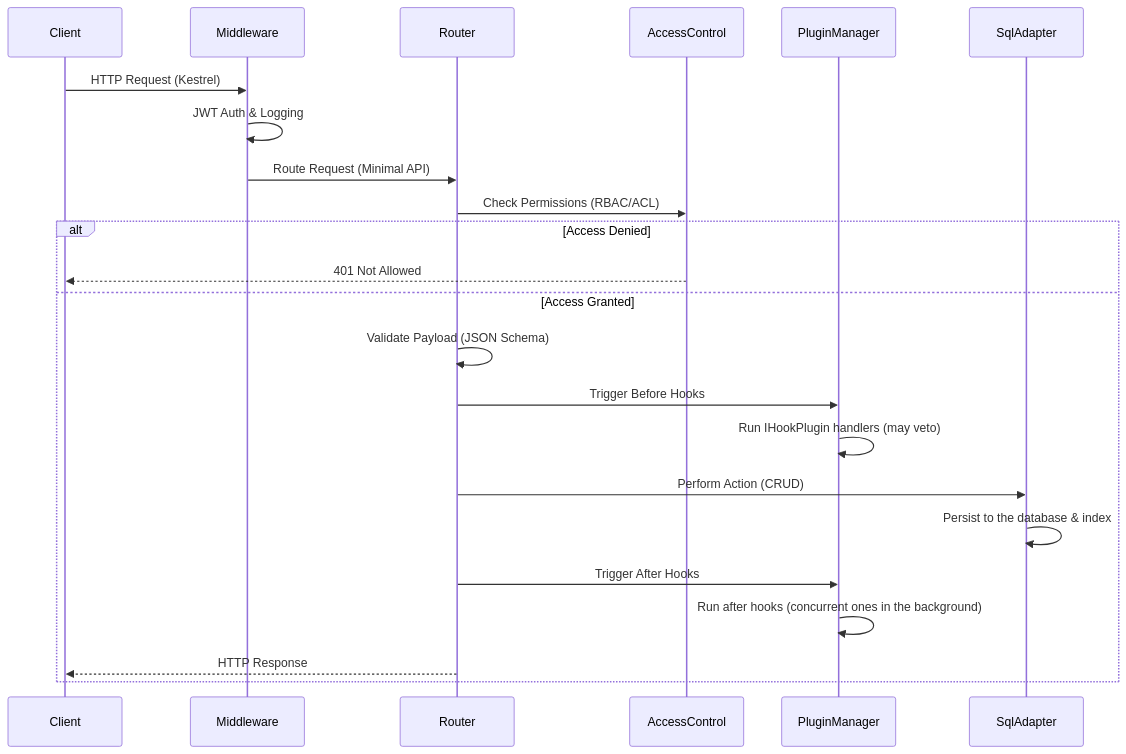
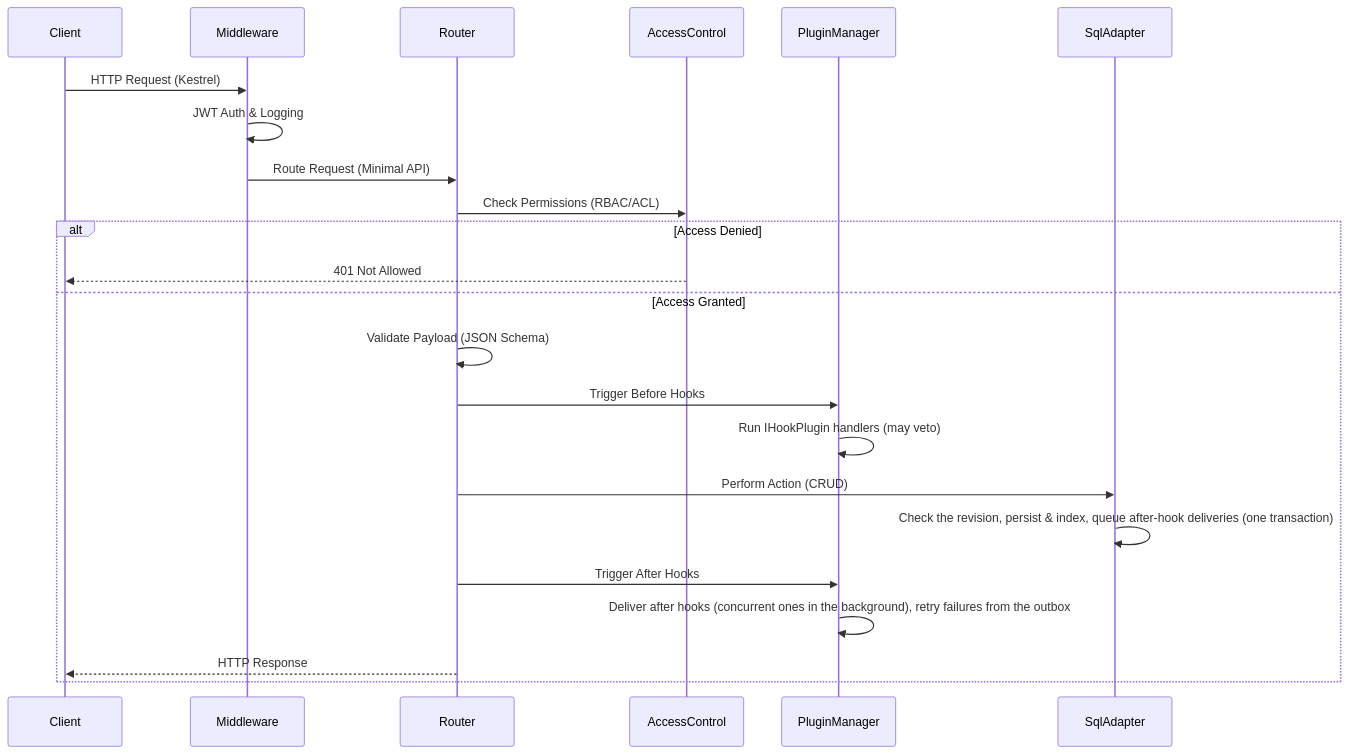
Before and after one commit to edraj/website: the second of 2 diagrams in pack/space/pages/technical.md, drawn with Mermaid. The commit also changed other lines of this file and 15 other files, not shown here.

````diff
--- a/pack/space/pages/technical.md
+++ b/pack/space/pages/technical.md
@@ -132,29 +132,29 @@
 ```mermaid
 sequenceDiagram
     participant Client
     participant Middleware
     participant Router
     participant AccessControl
     participant PluginManager
     participant SqlAdapter
 
     Client->>Middleware: HTTP Request (Kestrel)
     Middleware->>Middleware: JWT Auth & Logging
     Middleware->>Router: Route Request (Minimal API)
     Router->>AccessControl: Check Permissions (RBAC/ACL)
     alt Access Denied
         AccessControl-->>Client: 401 Not Allowed
     else Access Granted
         Router->>Router: Validate Payload (JSON Schema)
         Router->>PluginManager: Trigger Before Hooks
         PluginManager->>PluginManager: Run IHookPlugin handlers (may veto)
 
         Router->>SqlAdapter: Perform Action (CRUD)
-        SqlAdapter->>SqlAdapter: Persist to the database & index
+        SqlAdapter->>SqlAdapter: Check the revision, persist & index, queue after-hook deliveries (one transaction)
 
         Router->>PluginManager: Trigger After Hooks
-        PluginManager->>PluginManager: Run after hooks (concurrent ones in the background)
+        PluginManager->>PluginManager: Deliver after hooks (concurrent ones in the background), retry failures from the outbox
 
         Router-->>Client: HTTP Response
     end
 ```
````
